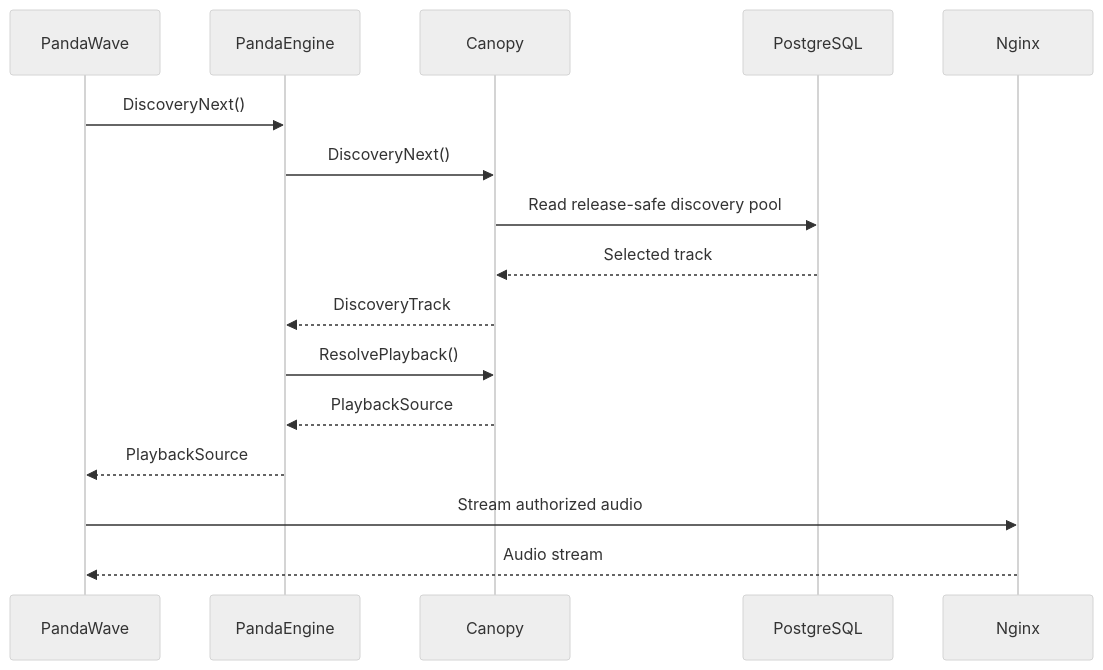
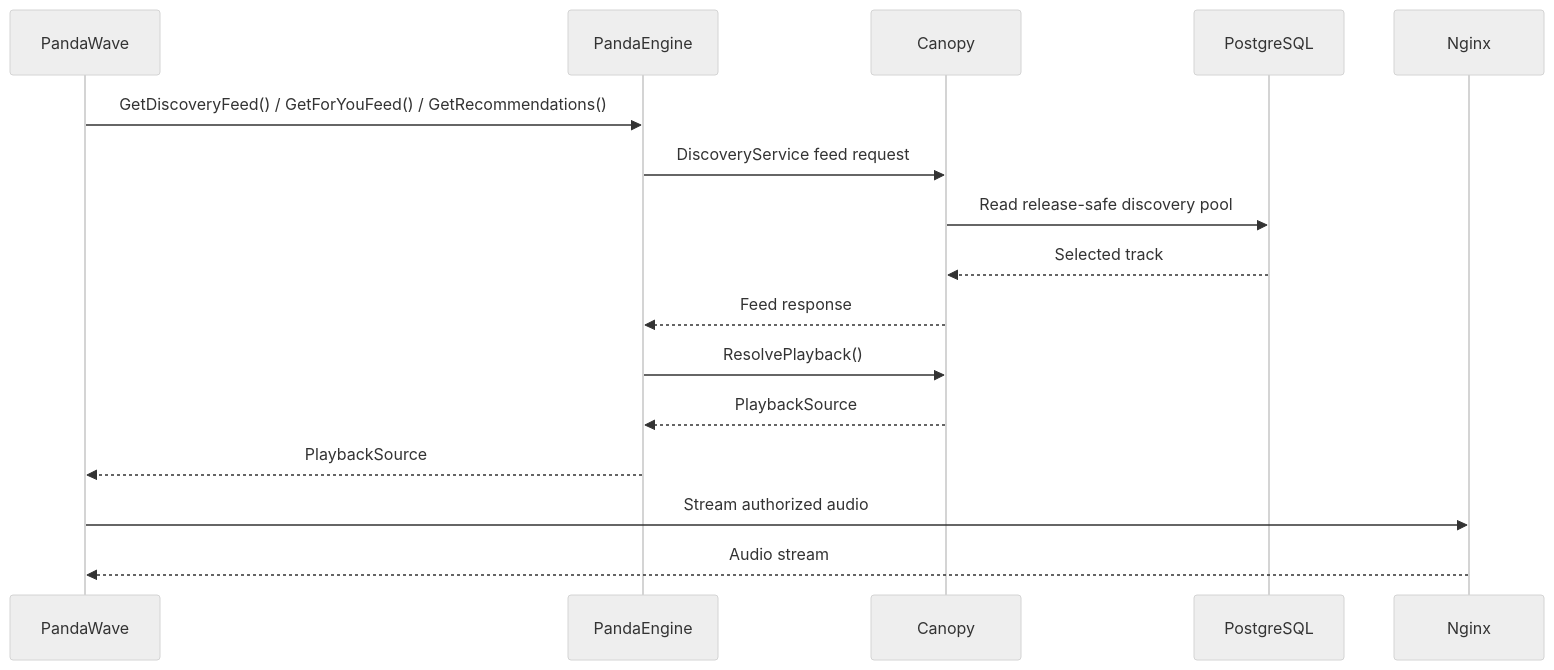
One commit to adrianrusu16/Canopy changed the seventh of 7 diagrams in README.md. Above: the diagram before and after it, drawn with Mermaid (neutral theme). The commit also changed other lines of this file and 6 other files, not shown here.

````diff
--- a/README.md
+++ b/README.md
@@ -548,19 +550,19 @@
 ```mermaid
 sequenceDiagram
     participant PandaWave
     participant PandaEngine
     participant Canopy
     participant PostgreSQL
     participant Nginx
 
-    PandaWave->>PandaEngine: DiscoveryNext()
-    PandaEngine->>Canopy: DiscoveryNext()
+    PandaWave->>PandaEngine: GetDiscoveryFeed() / GetForYouFeed() / GetRecommendations()
+    PandaEngine->>Canopy: DiscoveryService feed request
     Canopy->>PostgreSQL: Read release-safe discovery pool
     PostgreSQL-->>Canopy: Selected track
-    Canopy-->>PandaEngine: DiscoveryTrack
+    Canopy-->>PandaEngine: Feed response
     PandaEngine->>Canopy: ResolvePlayback()
     Canopy-->>PandaEngine: PlaybackSource
     PandaEngine-->>PandaWave: PlaybackSource
     PandaWave->>Nginx: Stream authorized audio
     Nginx-->>PandaWave: Audio stream
 ```
````
